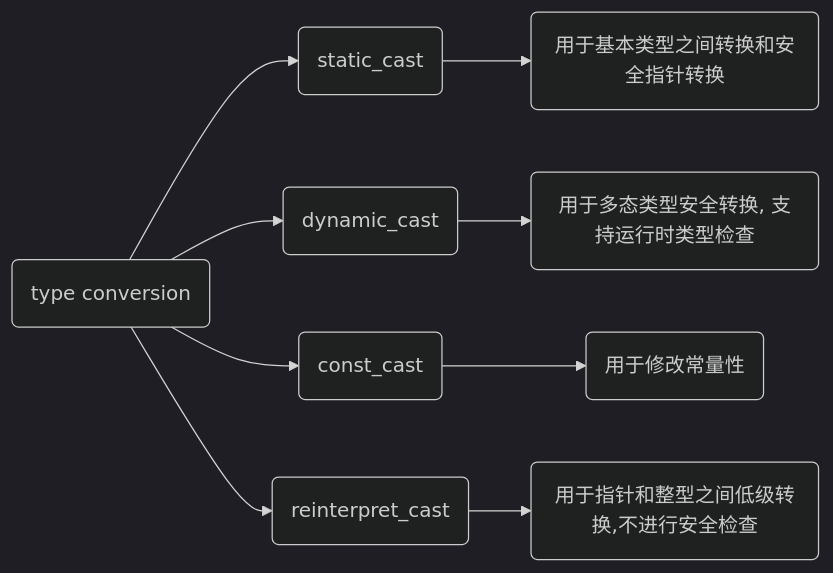
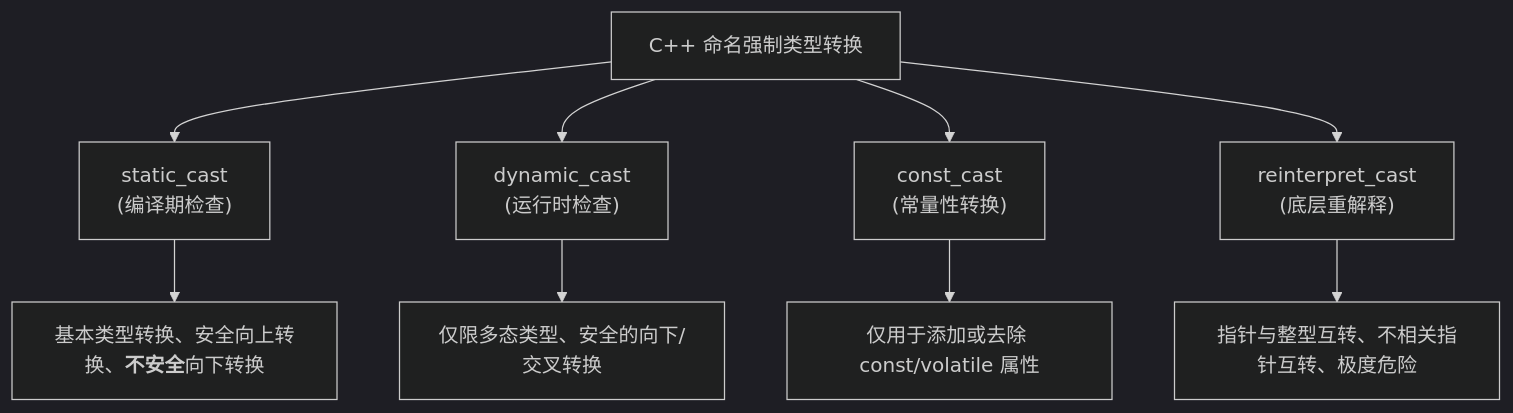
One commit to dmjcb/dmjcb.github.io changed the diagram in _posts/c_c++/c++/2024-09-28-type conversion.md. Above: the diagram before and after it, drawn with Mermaid (dark theme). The commit also changed other lines of this file and 12 other files, not shown here.

````diff
--- a/_posts/c_c++/c++/2024-09-28-type conversion.md
+++ b/_posts/c_c++/c++/2024-09-28-type conversion.md
@@ -11,8 +11,8 @@
 ```mermaid
-graph LR;
-    X(type conversion)
-    X-->S(static_cast)-->S1(用于基本类型之间转换和安全指针转换)
-    X-->D(dynamic_cast)-->D1(用于多态类型安全转换, 支持运行时类型检查)
-    X-->C(const_cast)-->C1(用于修改常量性)
-    X-->R(reinterpret_cast)-->R1(用于指针和整型之间低级转换,不进行安全检查)
+graph TD;
+    X[C++ 命名强制类型转换]
+    X-->S["static_cast<br/>(编译期检查)"]-->S1[基本类型转换、安全向上转换、<b>不安全</b>向下转换]
+    X-->D["dynamic_cast<br/>(运行时检查)"]-->D1[仅限多态类型、安全的向下/交叉转换]
+    X-->C["const_cast<br/>(常量性转换)"]-->C1[仅用于添加或去除 const/volatile 属性]
+    X-->R["reinterpret_cast<br/>(底层重解释)"]-->R1[指针与整型互转、不相关指针互转、极度危险]
 ```
````
